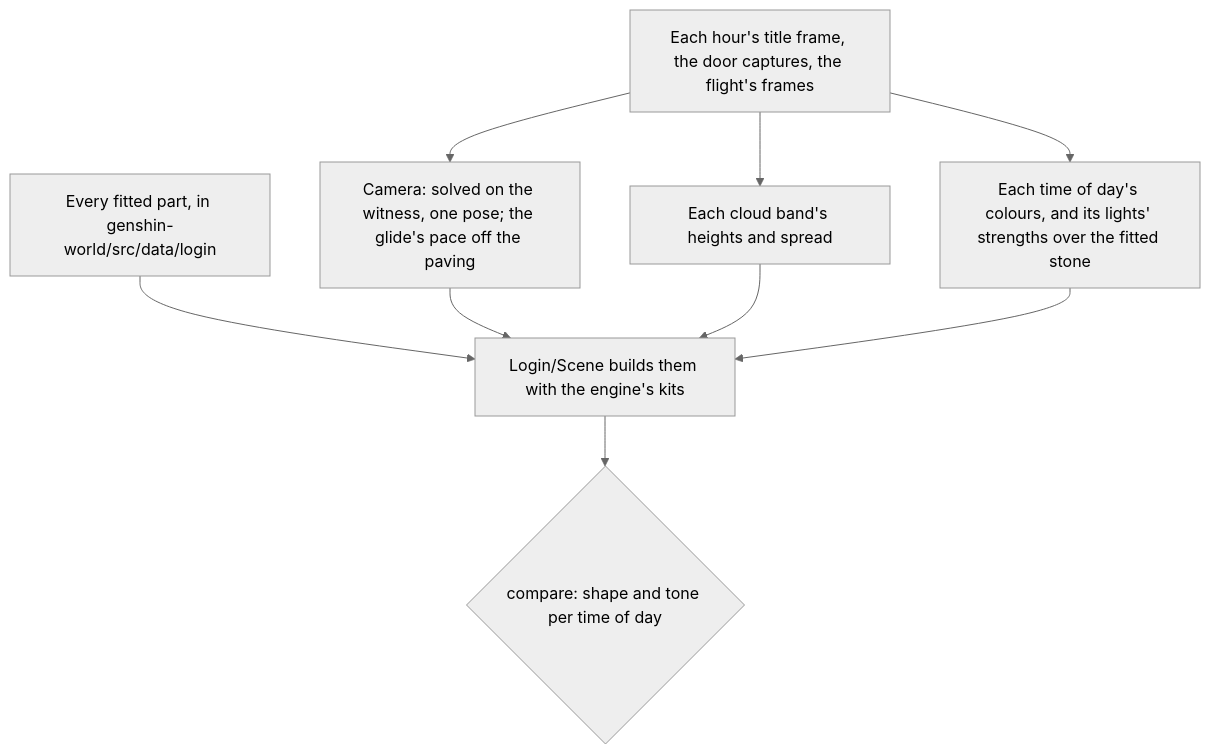
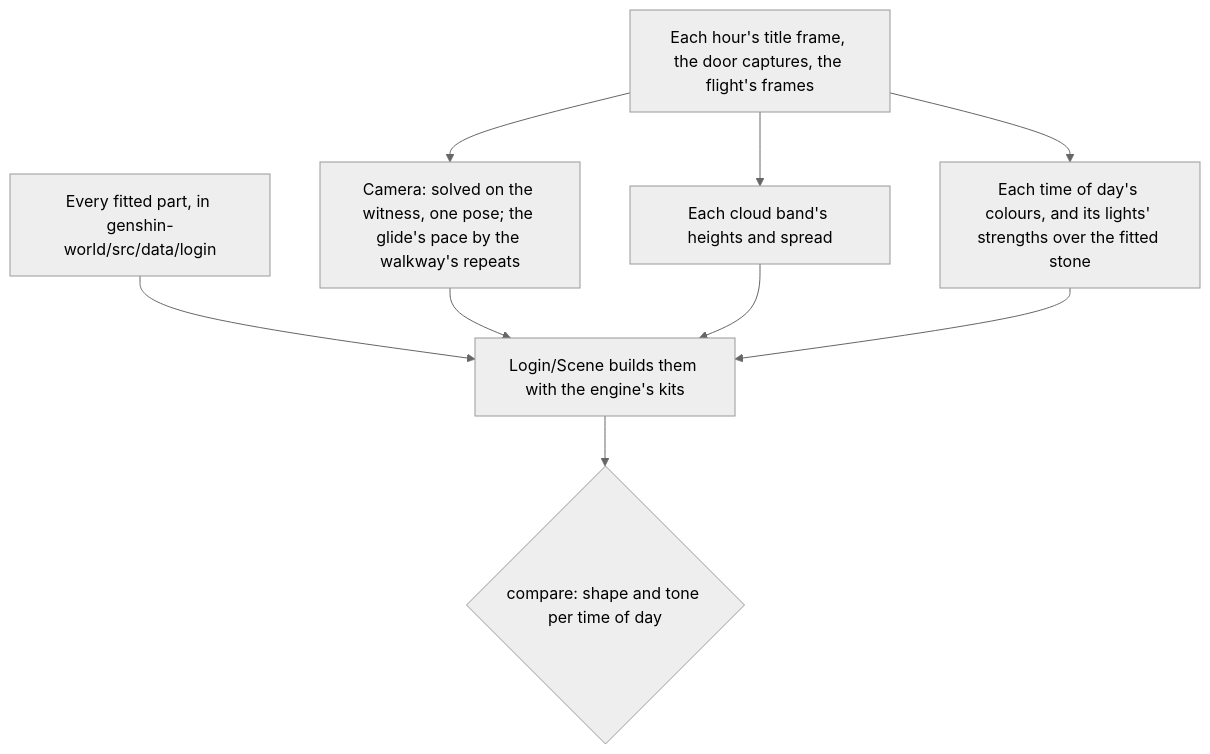
One commit to Esposter/Esposter changed the second of 2 diagrams in apps/web/content/docs/genshin/login-screen.md. Above: the diagram before and after it, drawn with Mermaid (neutral theme). The commit also changed other lines of this file and 5 other files, not shown here.

````diff
--- a/apps/web/content/docs/genshin/login-screen.md
+++ b/apps/web/content/docs/genshin/login-screen.md
@@ -36,11 +36,11 @@
 ```mermaid
 flowchart TD
   DATA["Every fitted part, in genshin-world/src/data/login"] --> SCENE[Login/Scene builds them with the engine's kits]
-  REF[Each hour's title frame, the door captures, the flight's frames] --> CAM["Camera: solved on the witness, one pose; the glide's pace off the paving"]
+  REF[Each hour's title frame, the door captures, the flight's frames] --> CAM["Camera: solved on the witness, one pose; the glide's pace by the walkway's repeats"]
   REF --> BANDS[Each cloud band's heights and spread]
   REF --> LIGHT["Each time of day's colours, and its lights' strengths over the fitted stone"]
   CAM --> SCENE
   BANDS --> SCENE
   LIGHT --> SCENE
   SCENE --> SCORE{compare: shape and tone per time of day}
 ```
````
